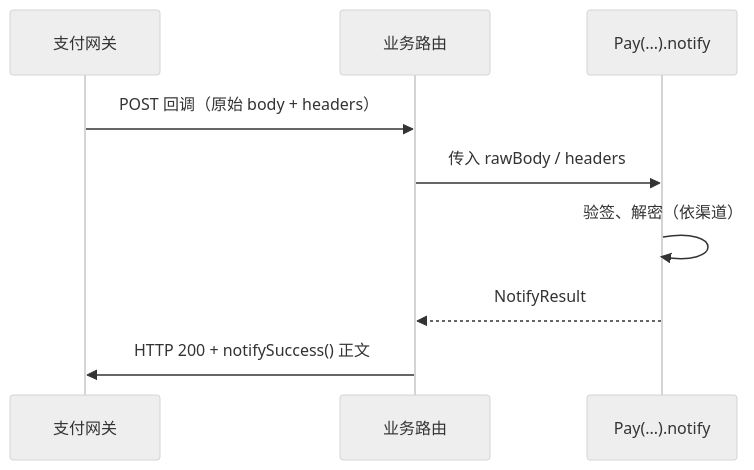
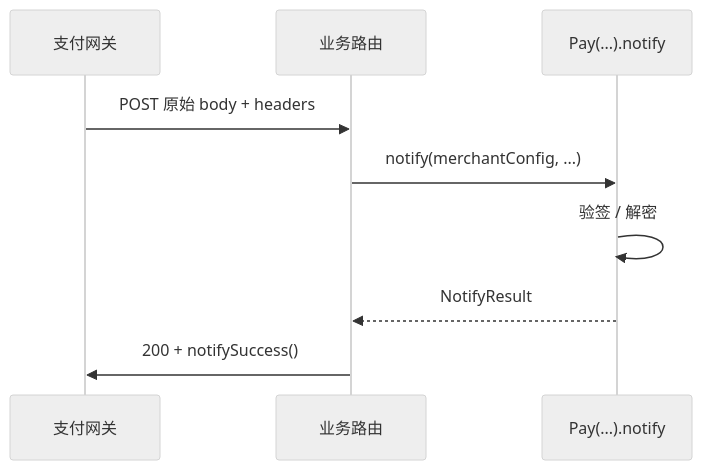
Before and after one commit to meishanlaoyao/elysia-admin: the second of 2 diagrams in docs/guide/payment.md, drawn with Mermaid (neutral theme). The commit also changed other lines of this file and 38 other files, not shown here.

Commit message:
update: add module/page scaffolding (create:module/create:page with Drizzle Schema, --schema, --dry-run), script templates and tests; add AI_MODULE_SCAFFOLD.md; update AI workflow, Cursor Skill, IDE rules, and AI dev guide with scaffolding recommendations

````diff
--- a/docs/guide/payment.md
+++ b/docs/guide/payment.md
@@ -328,12 +252,12 @@
 ```mermaid
 sequenceDiagram
     participant GW as 支付网关
     participant API as 业务路由
     participant Pay as Pay(...).notify
 
-    GW->>API: POST 回调（原始 body + headers）
-    API->>Pay: 传入 rawBody / headers
-    Pay->>Pay: 验签、解密（依渠道）
+    GW->>API: POST 原始 body + headers
+    API->>Pay: notify(merchantConfig, ...)
+    Pay->>Pay: 验签 / 解密
     Pay-->>API: NotifyResult
-    API->>GW: HTTP 200 + notifySuccess() 正文
+    API->>GW: 200 + notifySuccess()
 ```
````
